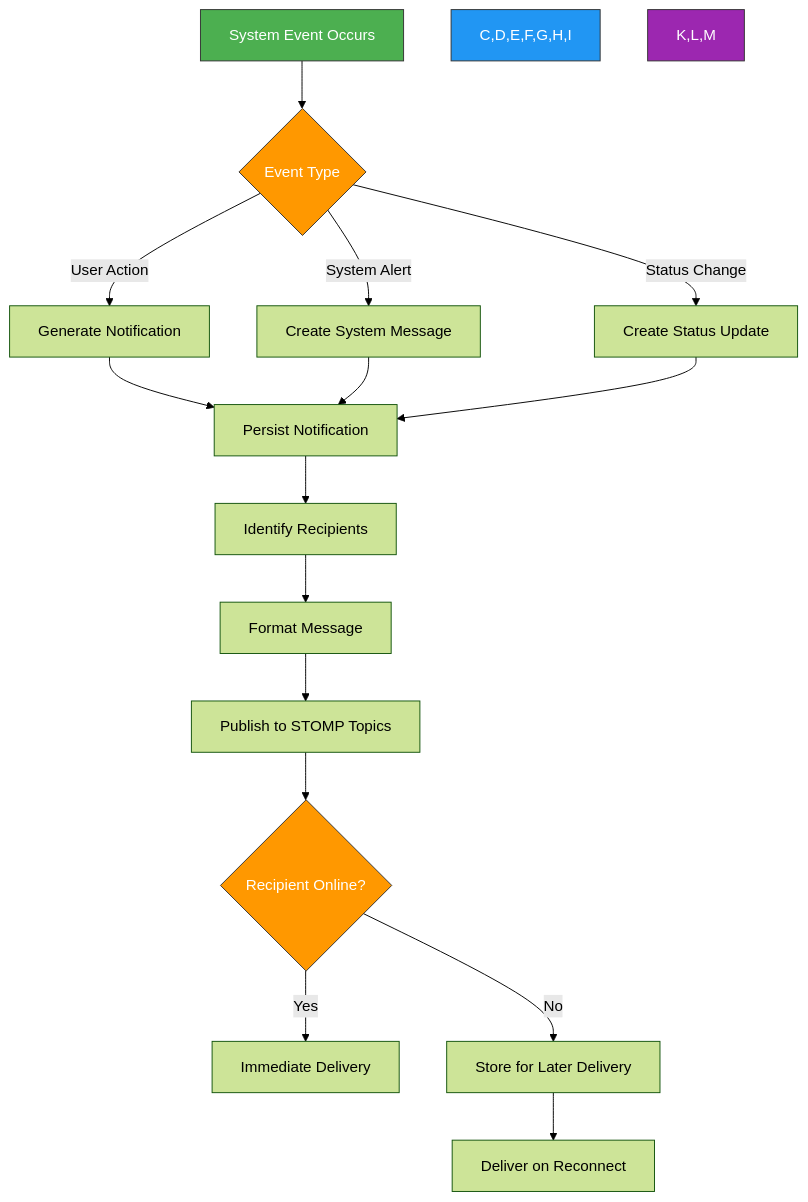
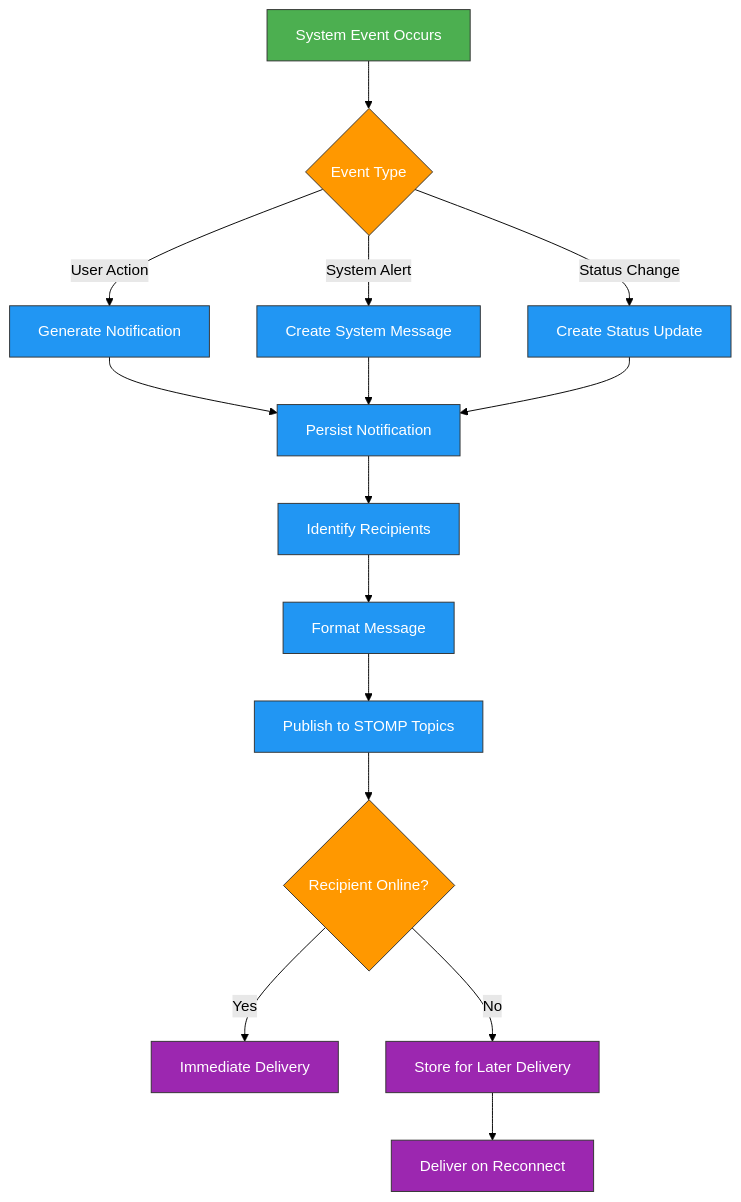
One commit to TuPhung369/Haaga_Backend_Programming changed the third of 8 diagrams in TuPhung_Docs/docs/backend/websockets.md. Above: the diagram before and after it, drawn with Mermaid (forest theme). The commit also changed other lines of this file and 25 other files, not shown here.

````diff
--- a/TuPhung_Docs/docs/backend/websockets.md
+++ b/TuPhung_Docs/docs/backend/websockets.md
@@ -64,27 +64,31 @@
 ```mermaid
 flowchart TD
     A[System Event Occurs] --> B{Event Type}
     B -->|User Action| C[Generate Notification]
     B -->|System Alert| D[Create System Message]
     B -->|Status Change| E[Create Status Update]
-    
+
     C --> F[Persist Notification]
     D --> F
     E --> F
-    
+
     F --> G[Identify Recipients]
     G --> H[Format Message]
     H --> I[Publish to STOMP Topics]
-    
+
     I --> J{Recipient Online?}
     J -->|Yes| K[Immediate Delivery]
     J -->|No| L[Store for Later Delivery]
-    
+
     L --> M[Deliver on Reconnect]
-    
-    style A fill:#4CAF50,stroke:#333,stroke-width:1px,color:#fff
-    style B fill:#FF9800,stroke:#333,stroke-width:1px,color:#fff
-    style C,D,E,F,G,H,I fill:#2196F3,stroke:#333,stroke-width:1px,color:#fff
-    style J fill:#FF9800,stroke:#333,stroke-width:1px,color:#fff
-    style K,L,M fill:#9C27B0,stroke:#333,stroke-width:1px,color:#fff
+
+    classDef mainService fill:#4CAF50,stroke:#333,stroke-width:1px,color:#fff
+    classDef decisionPoints fill:#FF9800,stroke:#333,stroke-width:1px,color:#fff
+    classDef components fill:#2196F3,stroke:#333,stroke-width:1px,color:#fff
+    classDef deliveryActions fill:#9C27B0,stroke:#333,stroke-width:1px,color:#fff
+
+    class A mainService
+    class B,J decisionPoints
+    class C,D,E,F,G,H,I components
+    class K,L,M deliveryActions
 ```
````
